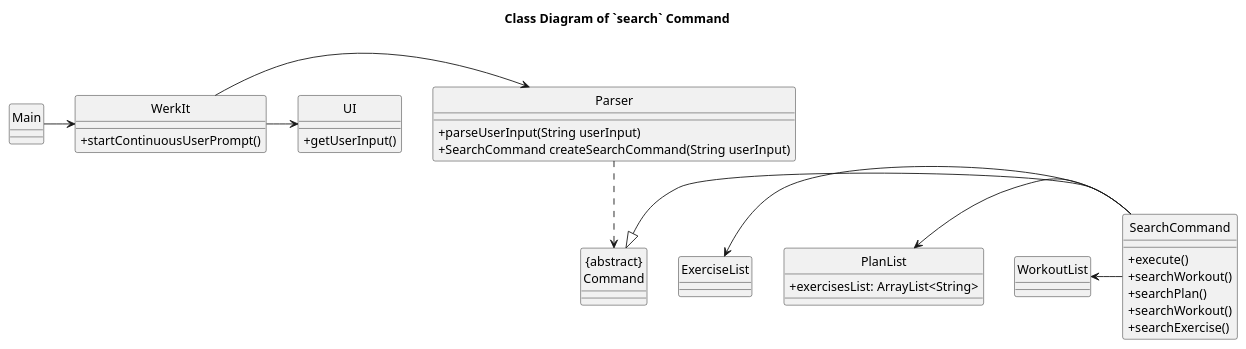
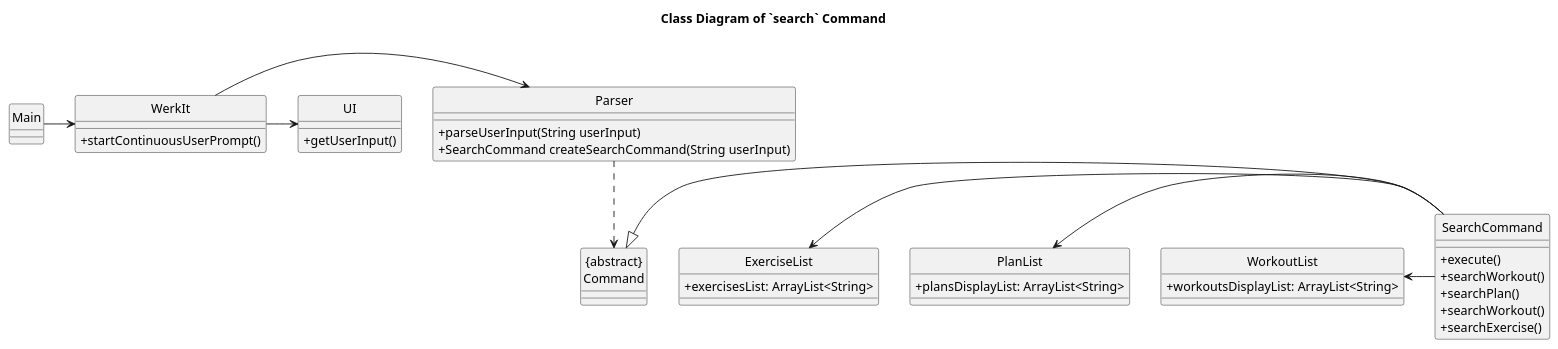
One commit to nus-cs2113-AY2122S2/tp changed the diagram in docs/uml/classDiagrams/Search.puml. Above: the diagram before and after it, drawn with PlantUML. The commit also changed 2 other files, not shown here.

Commit message:
Update class diagram for search in DG

```diff
--- a/docs/uml/classDiagrams/Search.puml
+++ b/docs/uml/classDiagrams/Search.puml
@@ -1,55 +1,55 @@
 @startuml
 'https://plantuml.com/class-diagram
 hide circle
 
 skinparam classAttributeIconSize 0
 
 title Class Diagram of `search` Command
 
 Main -> WerkIt
 WerkIt -> Parser
 WerkIt -> UI
 "{abstract}\nCommand" <|- SearchCommand
 ExerciseList <- SearchCommand
 PlanList <- SearchCommand
 WorkoutList <- SearchCommand
 Parser ..> "{abstract}\nCommand"
 
 class WerkIt {
 + startContinuousUserPrompt()
 }
 
 class Main {
 
 }
 
 class SearchCommand {
 + execute()
 + searchWorkout()
 + searchPlan()
 + searchWorkout()
 + searchExercise()
 }
 
 class UI {
 + getUserInput()
 }
 
 class Parser {
 + parseUserInput(String userInput)
 + SearchCommand createSearchCommand(String userInput)
 }
 
 class ExerciseList {
-
++ exercisesList: ArrayList<String>
 }
 
 class WorkoutList {
-
++ workoutsDisplayList: ArrayList<String>
 }
 
 class PlanList {
-+ exercisesList: ArrayList<String>
++ plansDisplayList: ArrayList<String>
 }
 
 @enduml
```
